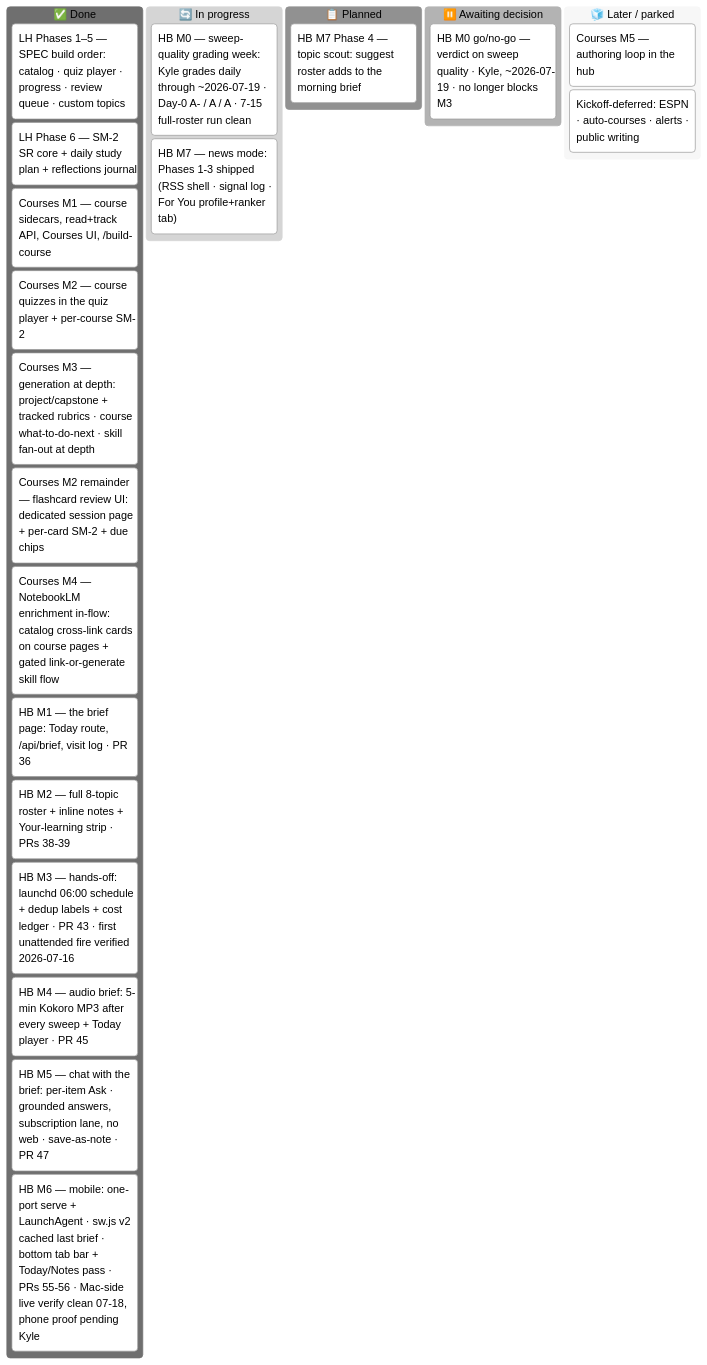
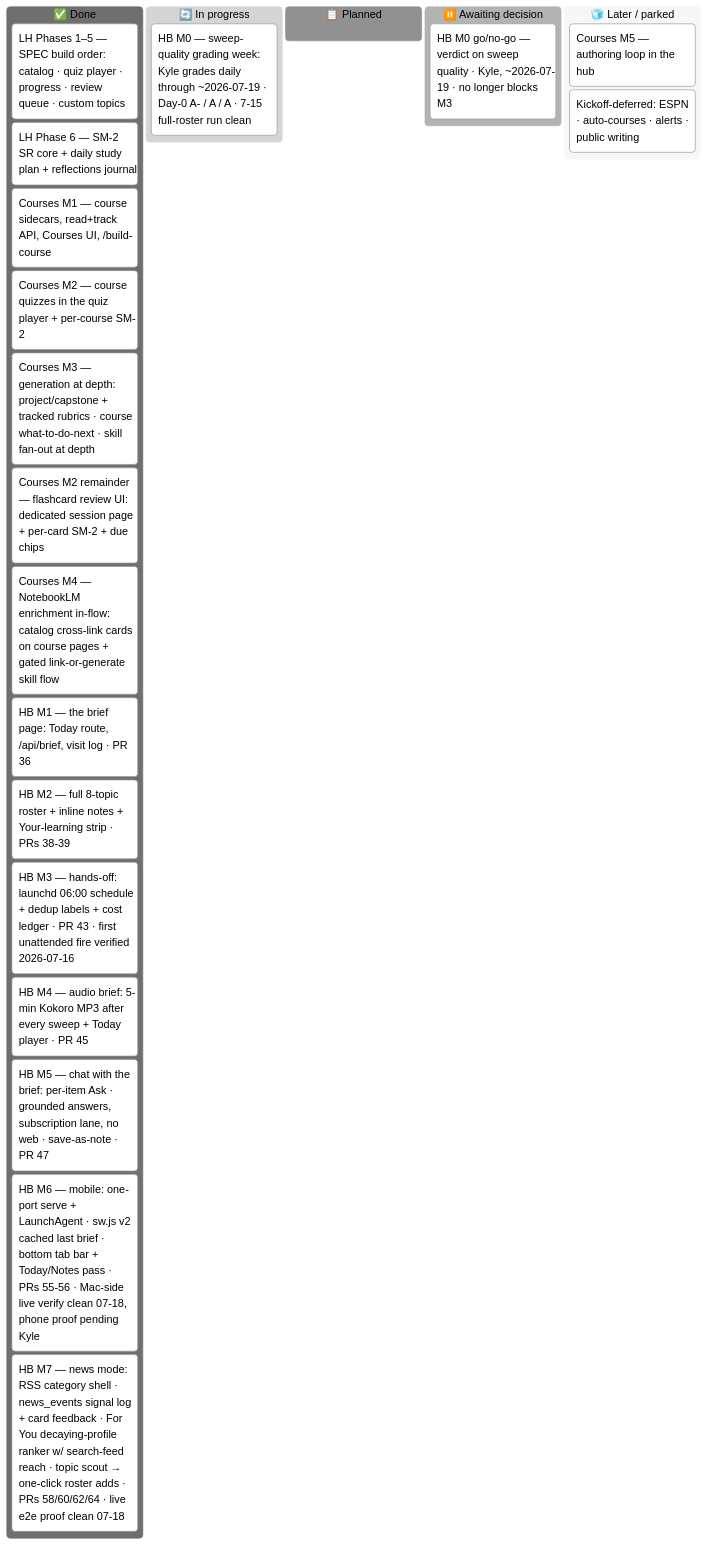
Before and after one commit to ksdisch/home-base: the diagram in docs/MASTER_PLAN.md, drawn with Mermaid (neutral theme). The commit also changed other lines of this file and 14 other files, not shown here.

First line of the commit message:
feat: M7 Phase 4 — topic scout (For You suggestions → one-click adds to the morning-brief roster)

````diff
--- a/docs/MASTER_PLAN.md
+++ b/docs/MASTER_PLAN.md
@@ -39,27 +39,26 @@
 ```mermaid
 kanban
   done["✅ Done"]
     lh15["LH Phases 1–5 — SPEC build order: catalog · quiz player · progress · review queue · custom topics"]
     lh6["LH Phase 6 — SM-2 SR core + daily study plan + reflections journal"]
     lh7["Courses M1 — course sidecars, read+track API, Courses UI, /build-course"]
     lh7m2["Courses M2 — course quizzes in the quiz player + per-course SM-2"]
     lh7m3["Courses M3 — generation at depth: project/capstone + tracked rubrics · course what-to-do-next · skill fan-out at depth"]
     lh7fc["Courses M2 remainder — flashcard review UI: dedicated session page + per-card SM-2 + due chips"]
     lh7m4["Courses M4 — NotebookLM enrichment in-flow: catalog cross-link cards on course pages + gated link-or-generate skill flow"]
     hbm1["HB M1 — the brief page: Today route, /api/brief, visit log · PR 36"]
     hbm2["HB M2 — full 8-topic roster + inline notes + Your-learning strip · PRs 38-39"]
     hbm3["HB M3 — hands-off: launchd 06:00 schedule + dedup labels + cost ledger · PR 43 · first unattended fire verified 2026-07-16"]
     hbm4["HB M4 — audio brief: 5-min Kokoro MP3 after every sweep + Today player · PR 45"]
     hbm5["HB M5 — chat with the brief: per-item Ask · grounded answers, subscription lane, no web · save-as-note · PR 47"]
     hbm6["HB M6 — mobile: one-port serve + LaunchAgent · sw.js v2 cached last brief · bottom tab bar + Today/Notes pass · PRs 55-56 · Mac-side live verify clean 07-18, phone proof pending Kyle"]
+    hbm7["HB M7 — news mode: RSS category shell · news_events signal log + card feedback · For You decaying-profile ranker w/ search-feed reach · topic scout → one-click roster adds · PRs 58/60/62/64 · live e2e proof clean 07-18"]
   doing["🔄 In progress"]
     hbm0["HB M0 — sweep-quality grading week: Kyle grades daily through ~2026-07-19 · Day-0 A- / A / A · 7-15 full-roster run clean"]
-    hbm7["HB M7 — news mode: Phases 1-3 shipped (RSS shell · signal log · For You profile+ranker tab)"]
   next["📋 Planned"]
-    hbm7p4["HB M7 Phase 4 — topic scout: suggest roster adds to the morning brief"]
   decide["⏸️ Awaiting decision"]
     hbm0verdict["HB M0 go/no-go — verdict on sweep quality · Kyle, ~2026-07-19 · no longer blocks M3"]
   later["🧊 Later / parked"]
     cm5["Courses M5 — authoring loop in the hub"]
     defer["Kickoff-deferred: ESPN · auto-courses · alerts · public writing"]
 ```
````
